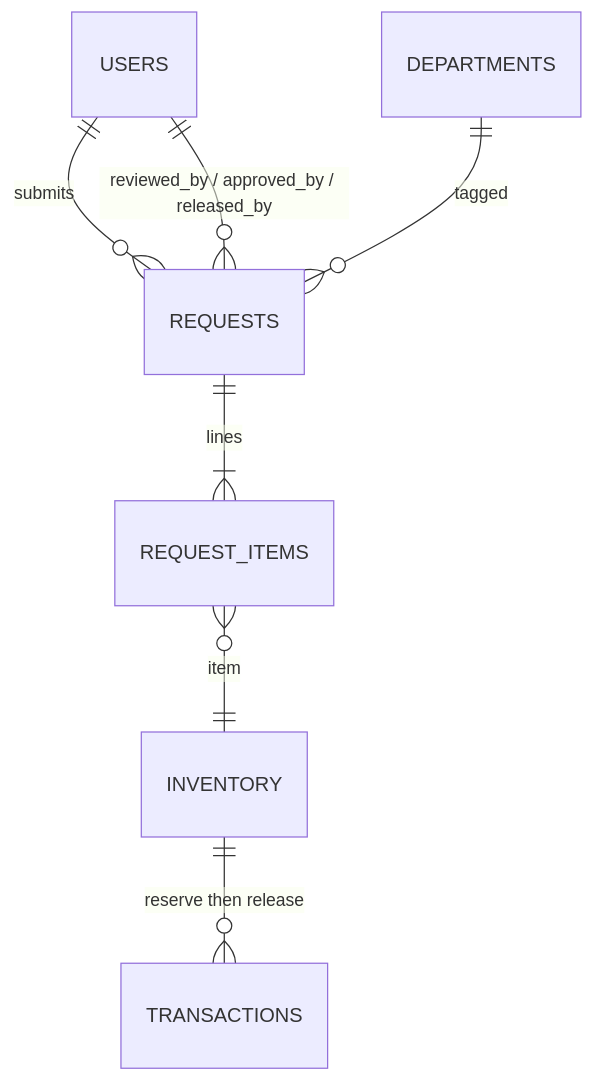
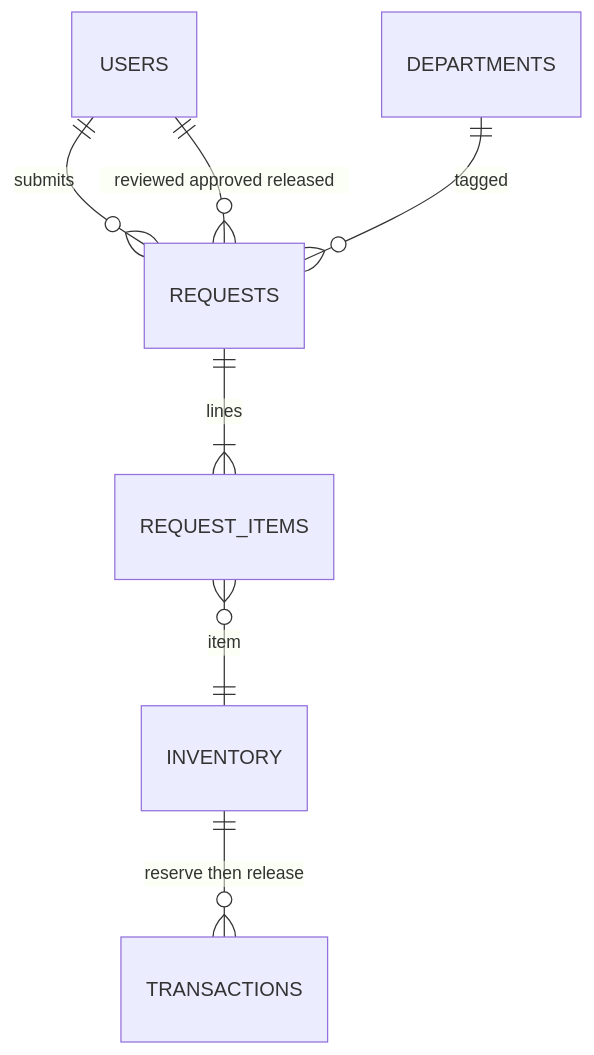
The second of 3 diagrams in docs/ER-DIAGRAM.md (rhems95/PECIT-Smart-Inventory-System), drawn with Mermaid before and after one commit. The commit also changed other lines of this file and 2 other files, not shown here.

First line of the commit message:
Update the ER diagram for student shop and embed it in the README.

````diff
--- a/docs/ER-DIAGRAM.md
+++ b/docs/ER-DIAGRAM.md
@@ -240,9 +254,9 @@
 ```mermaid
 erDiagram
     USERS ||--o{ REQUESTS : submits
     DEPARTMENTS ||--o{ REQUESTS : tagged
     REQUESTS ||--|{ REQUEST_ITEMS : lines
     REQUEST_ITEMS }o--|| INVENTORY : item
-    USERS ||--o{ REQUESTS : "reviewed_by / approved_by / released_by"
+    USERS ||--o{ REQUESTS : "reviewed approved released"
     INVENTORY ||--o{ TRANSACTIONS : "reserve then release"
 ```
````
